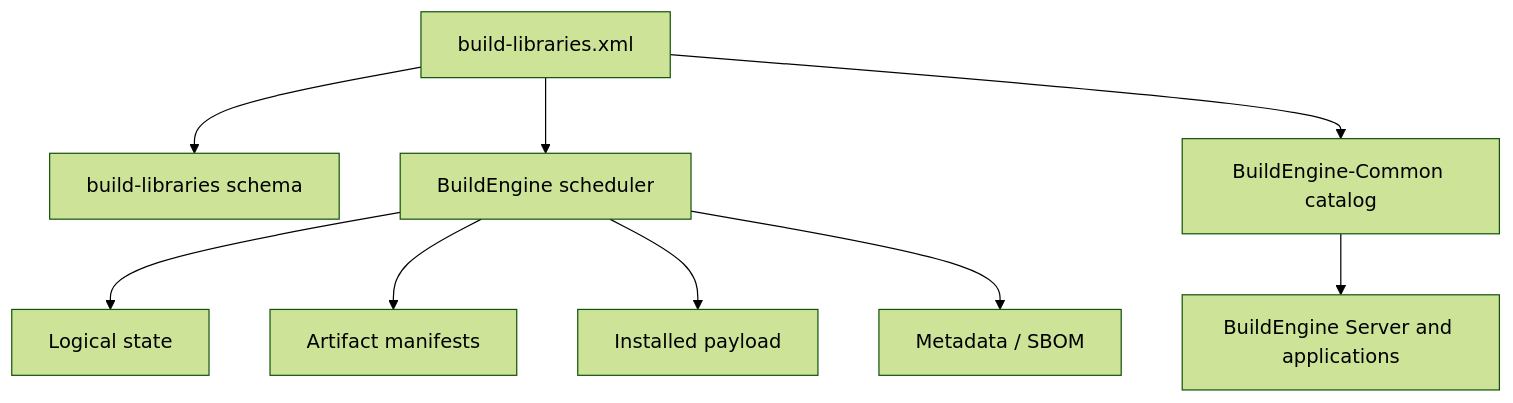
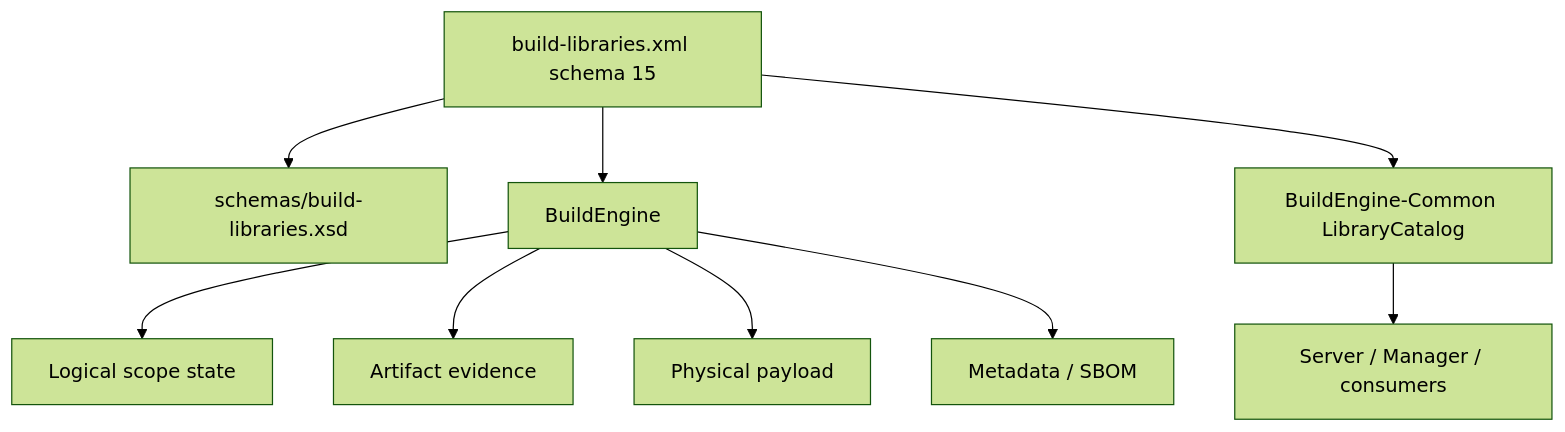
Before and after one commit to adeccscholar/BuildEngine-Admin: the first of 2 diagrams in admin/server-docs/build-libraries.md, drawn with Mermaid (forest theme). The commit also changed other lines of this file, not shown here.

Commit message:
Update public library XML contract to schema 15 and current semantics

````diff
--- a/admin/server-docs/build-libraries.md
+++ b/admin/server-docs/build-libraries.md
@@ -22,11 +22,11 @@
 ```mermaid
 flowchart TD
-    XML[build-libraries.xml] --> XSD[build-libraries schema]
-    XML --> BE[BuildEngine scheduler]
-    XML --> C[BuildEngine-Common catalog]
-    C --> S[BuildEngine Server and applications]
-    BE --> STATE[Logical state]
-    BE --> ART[Artifact manifests]
-    BE --> PKG[Installed payload]
+    XML[build-libraries.xml schema 15] --> XSD[schemas/build-libraries.xsd]
+    XML --> BE[BuildEngine]
+    XML --> C[BuildEngine-Common LibraryCatalog]
+    BE --> STATE[Logical scope state]
+    BE --> ART[Artifact evidence]
+    BE --> PKG[Physical payload]
     BE --> META[Metadata / SBOM]
+    C --> S[Server / Manager / consumers]
 ```
````
